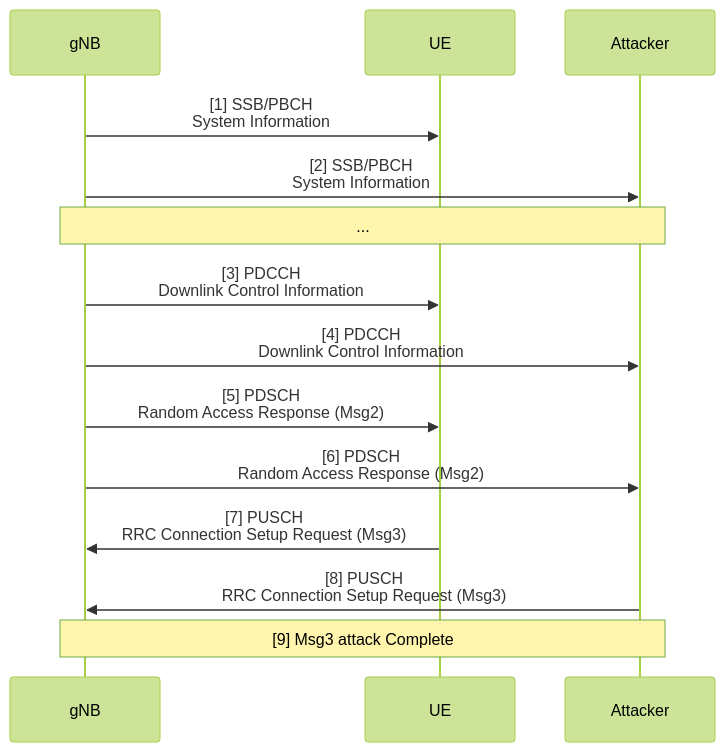
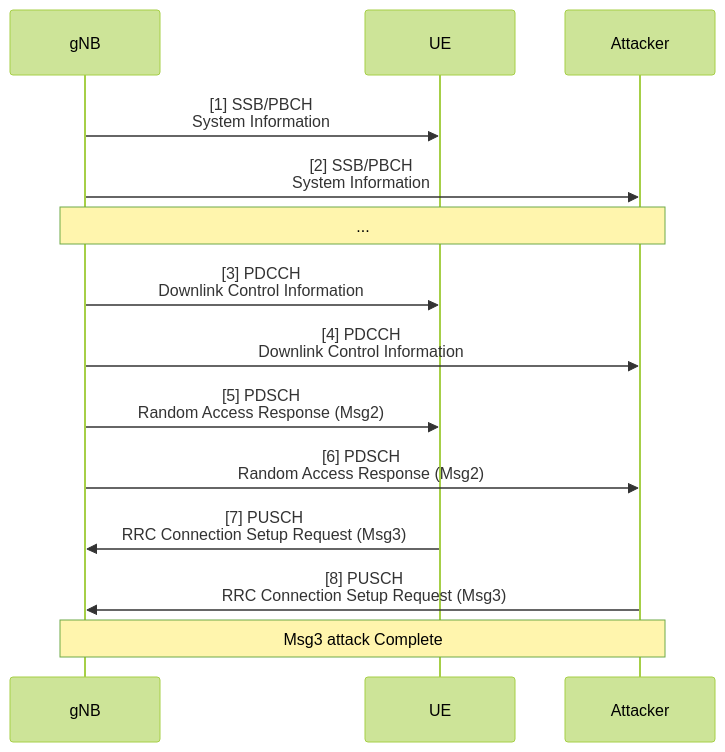
Before and after one commit to bmw-ece-ntust/wilfrid-prach-attack-analysis: the third of 3 diagrams in docs/20250307 Thesis (Random Access Procedure and Attack).md, drawn with Mermaid (forest theme). The commit also changed other lines of this file, not shown here.

Commit message:
Update 20250307 Thesis (Random Access Procedure and Attack).md

````diff
--- a/docs/20250307 Thesis (Random Access Procedure and Attack).md
+++ b/docs/20250307 Thesis (Random Access Procedure and Attack).md
@@ -96,13 +96,13 @@
 ```mermaid
 sequenceDiagram
     gNB->>UE: [1] SSB/PBCH<br/>System Information
     gNB->>Attacker: [2] SSB/PBCH<br/>System Information
     Note over gNB,Attacker: ...
     gNB->>UE: [3] PDCCH<br/>Downlink Control Information
     gNB->>Attacker: [4] PDCCH<br/>Downlink Control Information
     gNB->>UE: [5] PDSCH<br/>Random Access Response (Msg2)
     gNB->>Attacker: [6] PDSCH<br/>Random Access Response (Msg2)
     UE->>gNB: [7] PUSCH<br/>RRC Connection Setup Request (Msg3)
     Attacker->>gNB: [8] PUSCH<br/>RRC Connection Setup Request (Msg3)
-    Note over gNB,Attacker: [9] Msg3 attack Complete
+    Note over gNB,Attacker: Msg3 attack Complete
 ```
````
